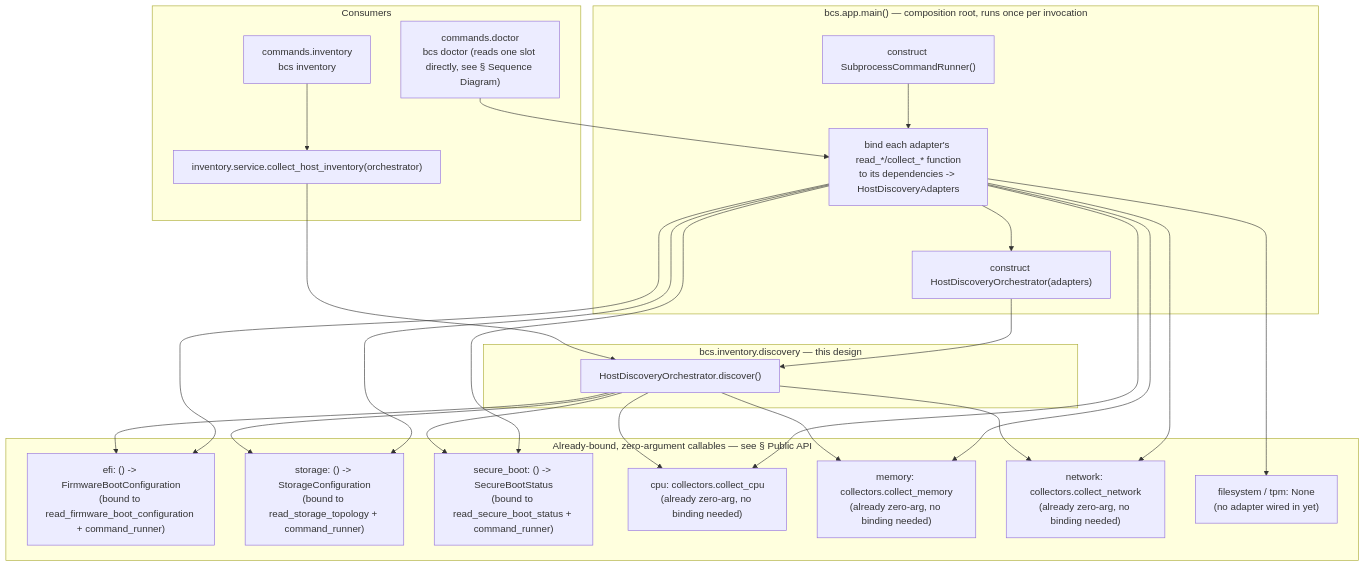
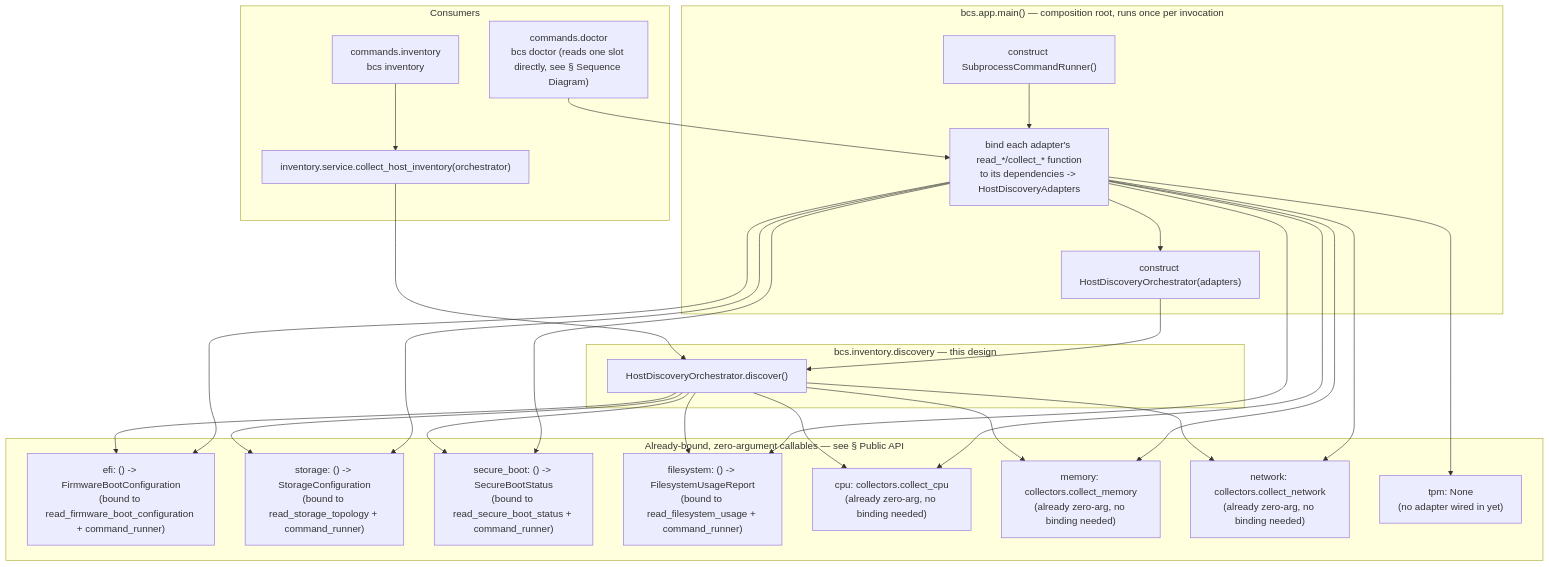
Before and after one commit to nino79/batoi-classroom-suite: the second of 4 diagrams in docs/HOST_DISCOVERY_ORCHESTRATOR.md, drawn with Mermaid. The commit also changed other lines of this file and 10 other files, not shown here.

First line of the commit message:
feat: Implement Filesystem Adapter and integrate into Host Discovery Orchestrator

````diff
--- a/docs/HOST_DISCOVERY_ORCHESTRATOR.md
+++ b/docs/HOST_DISCOVERY_ORCHESTRATOR.md
@@ -107,50 +110,53 @@
 ```mermaid
 flowchart TB
     subgraph AppStartup["bcs.app.main() — composition root, runs once per invocation"]
         BuildRunner["construct SubprocessCommandRunner()"]
         BuildAdapters["bind each adapter's read_*/collect_* function\nto its dependencies -> HostDiscoveryAdapters"]
         BuildOrchestrator["construct HostDiscoveryOrchestrator(adapters)"]
     end
 
     subgraph BoundAdapters["Already-bound, zero-argument callables — see § Public API"]
         EfiBound["efi: () -> FirmwareBootConfiguration\n(bound to read_firmware_boot_configuration + command_runner)"]
         StorageBound["storage: () -> StorageConfiguration\n(bound to read_storage_topology + command_runner)"]
         SecureBootBound["secure_boot: () -> SecureBootStatus\n(bound to read_secure_boot_status + command_runner)"]
+        FilesystemBound["filesystem: () -> FilesystemUsageReport\n(bound to read_filesystem_usage + command_runner)"]
         CpuBound["cpu: collectors.collect_cpu\n(already zero-arg, no binding needed)"]
         MemoryBound["memory: collectors.collect_memory\n(already zero-arg, no binding needed)"]
         NetworkBound["network: collectors.collect_network\n(already zero-arg, no binding needed)"]
-        FutureBound["filesystem / tpm: None\n(no adapter wired in yet)"]
+        FutureBound["tpm: None\n(no adapter wired in yet)"]
     end
 
     subgraph Core["bcs.inventory.discovery — this design"]
         Orchestrator["HostDiscoveryOrchestrator.discover()"]
     end
 
     subgraph Consumers["Consumers"]
         Service["inventory.service.collect_host_inventory(orchestrator)"]
         CLIAdapter["commands.inventory\nbcs inventory"]
         DoctorAdapter["commands.doctor\nbcs doctor (reads one slot directly, see § Sequence Diagram)"]
     end
 
     BuildRunner --> BuildAdapters
     BuildAdapters --> EfiBound
     BuildAdapters --> StorageBound
     BuildAdapters --> SecureBootBound
+    BuildAdapters --> FilesystemBound
     BuildAdapters --> CpuBound
     BuildAdapters --> MemoryBound
     BuildAdapters --> NetworkBound
     BuildAdapters --> FutureBound
     BuildAdapters --> BuildOrchestrator
     BuildOrchestrator --> Orchestrator
 
     Orchestrator --> EfiBound
     Orchestrator --> StorageBound
     Orchestrator --> SecureBootBound
+    Orchestrator --> FilesystemBound
     Orchestrator --> CpuBound
     Orchestrator --> MemoryBound
     Orchestrator --> NetworkBound
 
     Service --> Orchestrator
     CLIAdapter --> Service
     DoctorAdapter --> BuildAdapters
 ```
````
